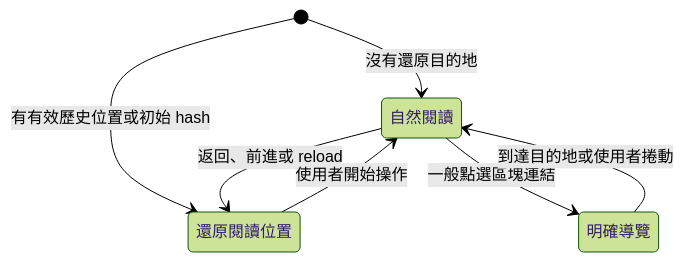
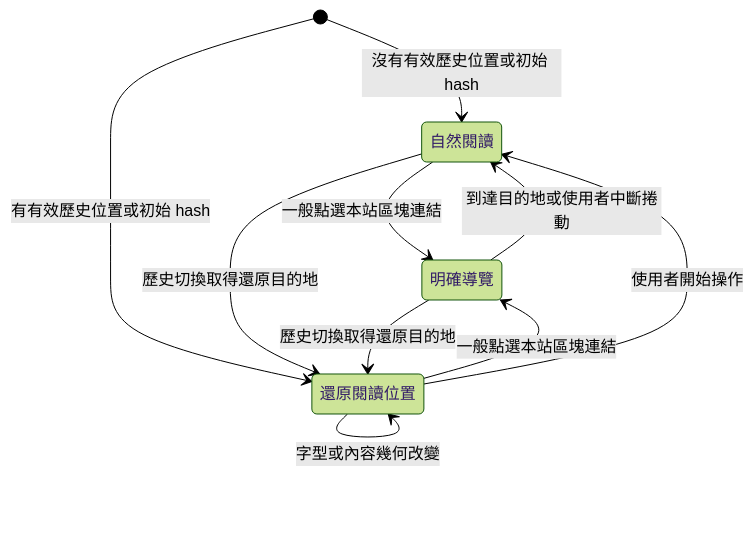
One commit to bingyangchen/bingyangchen.github.io changed the diagram in docs/plans/0001-codebase-technical-debt.md. Above: the diagram before and after it, drawn with Mermaid (forest theme). The commit also changed other lines of this file and 38 other files, not shown here.

````diff
--- a/docs/plans/0001-codebase-technical-debt.md
+++ b/docs/plans/0001-codebase-technical-debt.md
@@ -92,12 +74,15 @@
 ```mermaid
 stateDiagram-v2
   state "自然閱讀" as reading
   state "明確導覽" as navigating
   state "還原閱讀位置" as restoring
+  [*] --> reading: 沒有有效歷史位置或初始 hash
   [*] --> restoring: 有有效歷史位置或初始 hash
-  [*] --> reading: 沒有還原目的地
-  reading --> navigating: 一般點選區塊連結
-  navigating --> reading: 到達目的地或使用者捲動
-  reading --> restoring: 返回、前進或 reload
+  reading --> navigating: 一般點選本站區塊連結
+  navigating --> reading: 到達目的地或使用者中斷捲動
+  reading --> restoring: 歷史切換取得還原目的地
+  navigating --> restoring: 歷史切換取得還原目的地
+  restoring --> navigating: 一般點選本站區塊連結
+  restoring --> restoring: 字型或內容幾何改變
   restoring --> reading: 使用者開始操作
 ```
````
